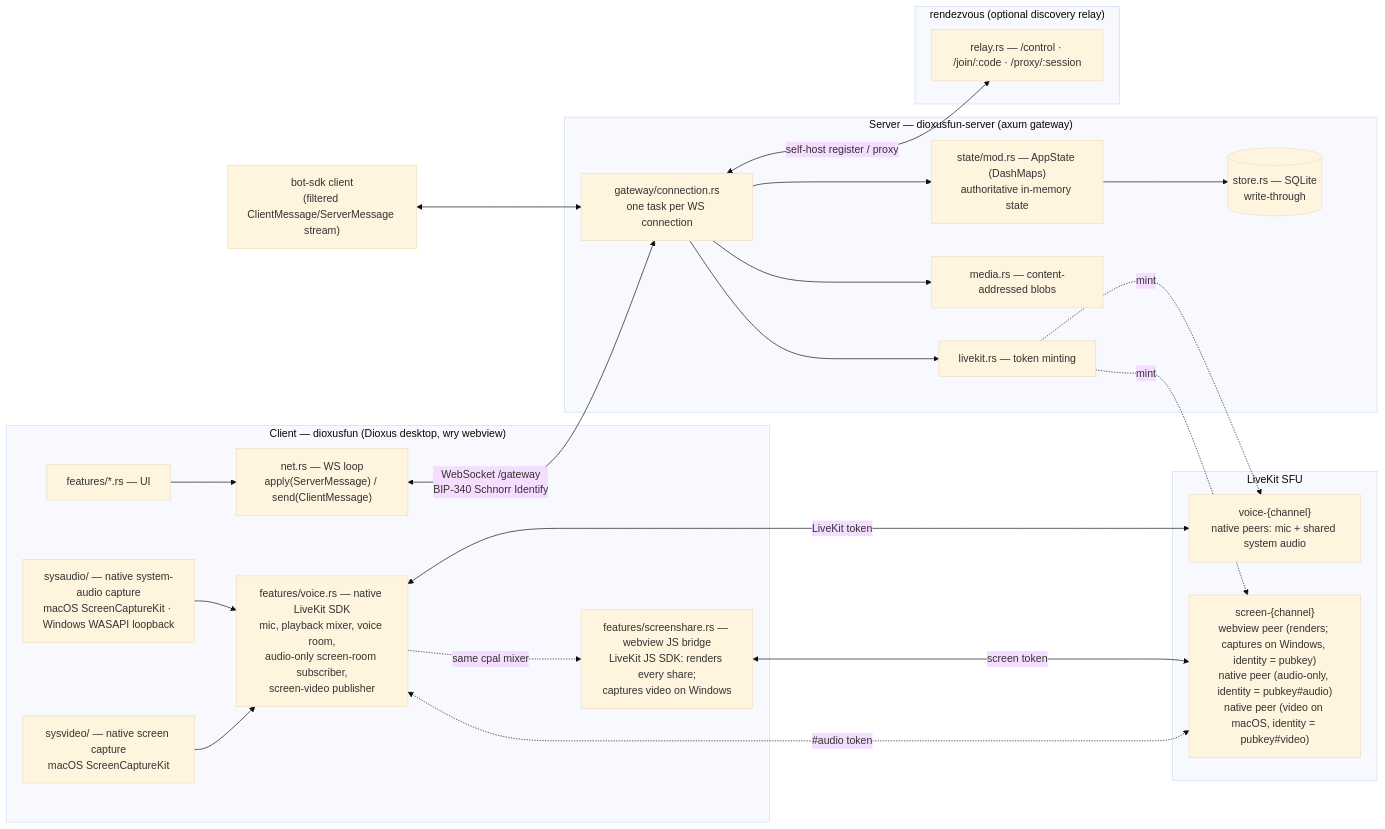
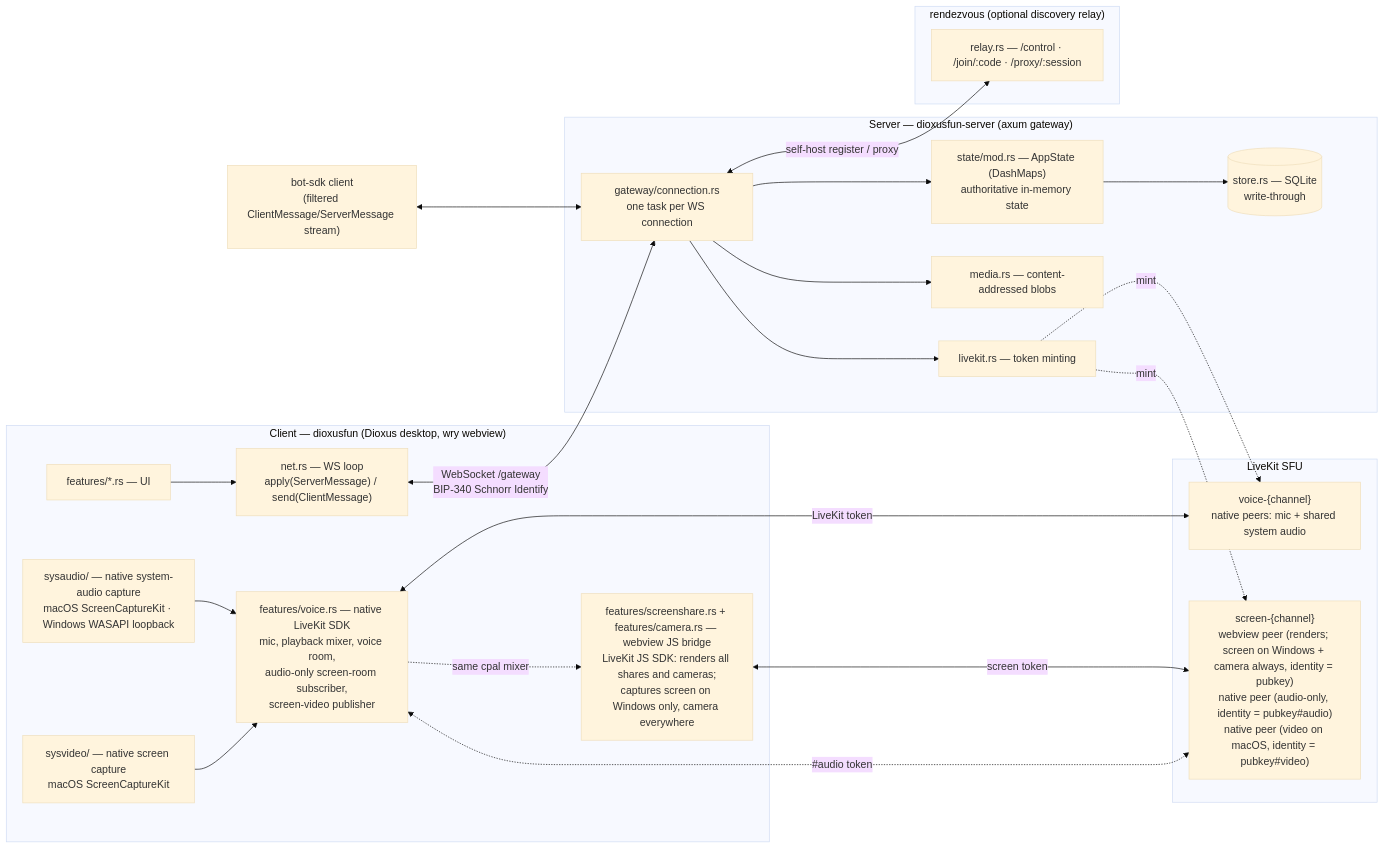
Before and after one commit to ssotomayor/discordia: the diagram in README.md, drawn with Mermaid (base theme). The commit also changed other lines of this file and 15 other files, not shown here.

````diff
--- a/README.md
+++ b/README.md
@@ -84,46 +90,46 @@
 ```mermaid
 flowchart LR
     subgraph Client["Client — dioxusfun (Dioxus desktop, wry webview)"]
         UI["features/*.rs — UI"]
         Net["net.rs — WS loop<br/>apply(ServerMessage) / send(ClientMessage)"]
         Voice["features/voice.rs — native LiveKit SDK<br/>mic, playback mixer, voice room,<br/>audio-only screen-room subscriber,<br/>screen-video publisher"]
         SysAudio["sysaudio/ — native system-audio capture<br/>macOS ScreenCaptureKit · Windows WASAPI loopback"]
         SysVideo["sysvideo/ — native screen capture<br/>macOS ScreenCaptureKit"]
-        WebJS["features/screenshare.rs — webview JS bridge<br/>LiveKit JS SDK: renders every share;<br/>captures video on Windows"]
+        WebJS["features/screenshare.rs + features/camera.rs — webview JS bridge<br/>LiveKit JS SDK: renders all shares and cameras;<br/>captures screen on Windows only, camera everywhere"]
         UI --> Net
         SysAudio --> Voice
         SysVideo --> Voice
         Voice -. same cpal mixer .-> WebJS
     end
 
     subgraph Server["Server — dioxusfun-server (axum gateway)"]
         Gateway["gateway/connection.rs<br/>one task per WS connection"]
         State["state/mod.rs — AppState (DashMaps)<br/>authoritative in-memory state"]
         Store[("store.rs — SQLite<br/>write-through")]
         Media["media.rs — content-addressed blobs"]
         LK["livekit.rs — token minting"]
         Gateway --> State --> Store
         Gateway --> Media
         Gateway --> LK
     end
 
     subgraph SFU["LiveKit SFU"]
         VoiceRoom["voice-{channel}<br/>native peers: mic + shared system audio"]
-        ScreenRoom["screen-{channel}<br/>webview peer (renders; captures on Windows, identity = pubkey)<br/>native peer (audio-only, identity = pubkey#audio)<br/>native peer (video on macOS, identity = pubkey#video)"]
+        ScreenRoom["screen-{channel}<br/>webview peer (renders; screen on Windows + camera always, identity = pubkey)<br/>native peer (audio-only, identity = pubkey#audio)<br/>native peer (video on macOS, identity = pubkey#video)"]
     end
 
     subgraph Rendezvous["rendezvous (optional discovery relay)"]
         Relay["relay.rs — /control · /join/:code · /proxy/:session"]
     end
 
     Bot["bot-sdk client<br/>(filtered ClientMessage/ServerMessage stream)"]
 
     Net <-->|"WebSocket /gateway<br/>BIP-340 Schnorr Identify"| Gateway
     Bot <--> Gateway
     Voice <-->|LiveKit token| VoiceRoom
     WebJS <-->|screen token| ScreenRoom
     Voice <-.->|"#audio token"| ScreenRoom
     LK -.mint.-> VoiceRoom
     LK -.mint.-> ScreenRoom
     Gateway <-->|self-host register / proxy| Relay
 ```
````
